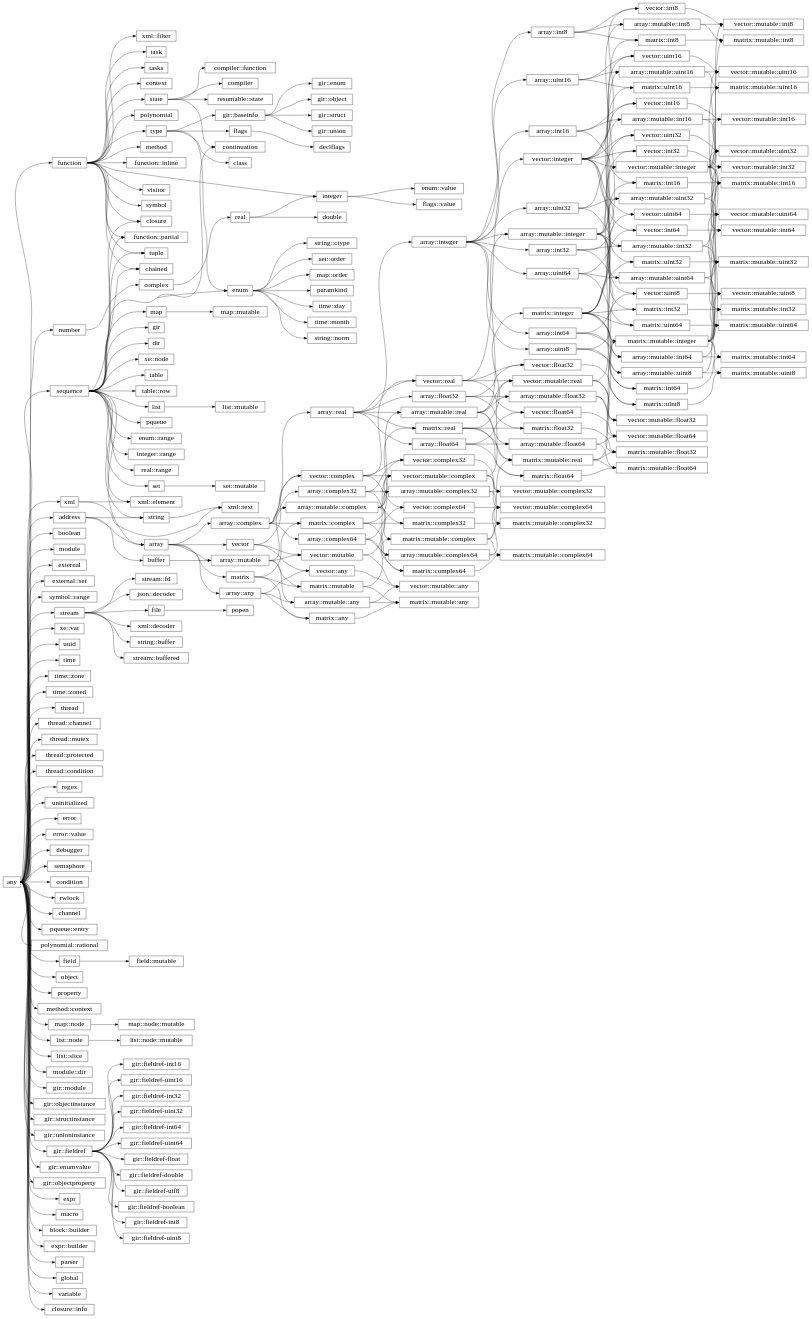
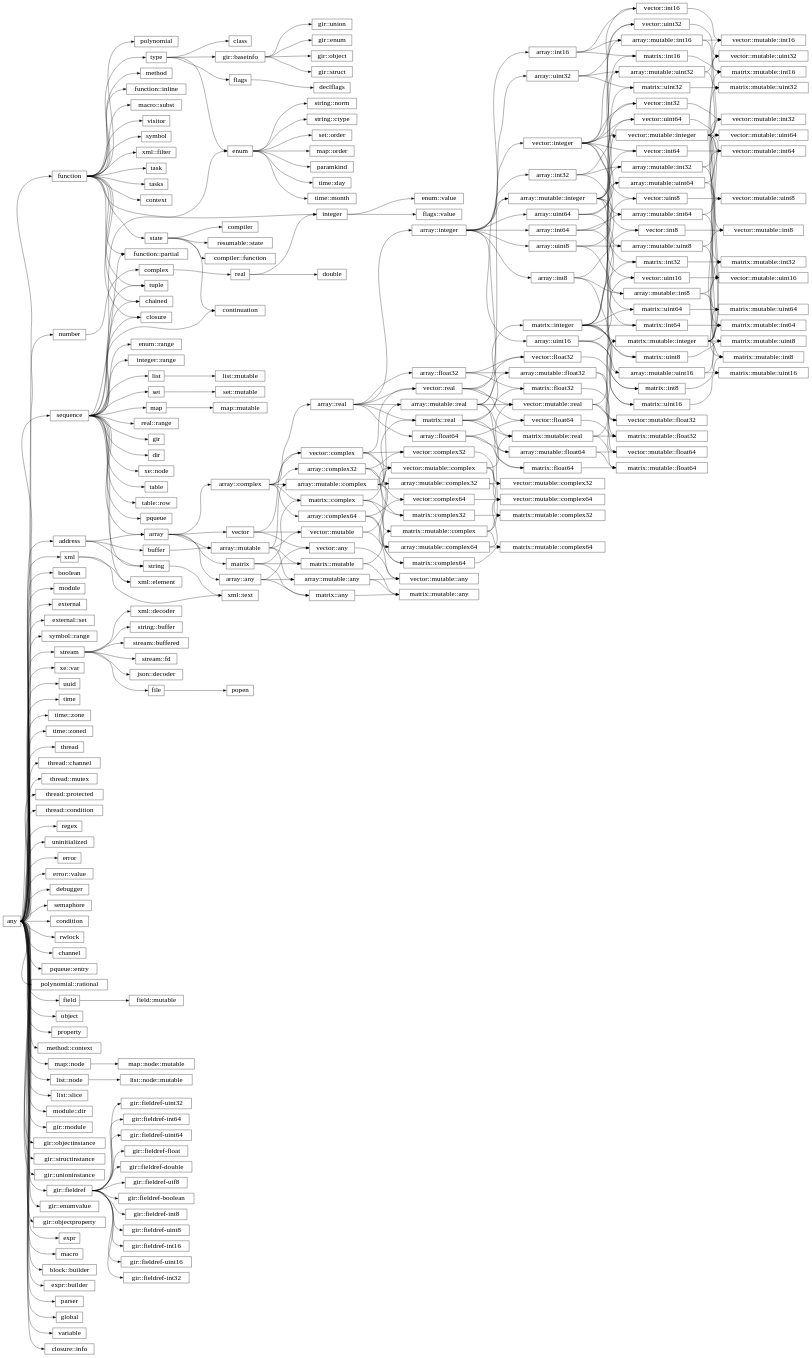
One commit to wrapl/minilang changed the diagram in docs/library/hierarchy.rst. Above: the diagram before and after it, drawn with Graphviz. The commit also changed 14 other files, not shown here.

```diff
--- a/docs/library/hierarchy.rst
+++ b/docs/library/hierarchy.rst
@@ -148,6 +148,7 @@
       "any":e -> "expr":w;
       "any":e -> "macro":w;
       "function":e -> "function::inline":w;
+      "function":e -> "macro::subst":w;
       "any":e -> "block::builder":w;
       "any":e -> "expr::builder":w;
       "state":e -> "compiler":w;
```
